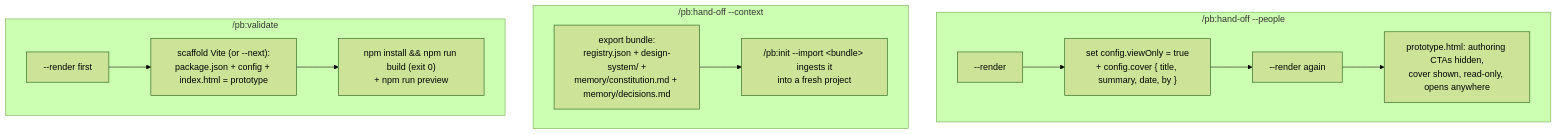
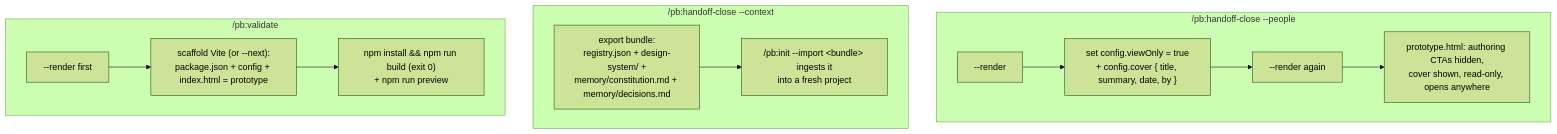
Before and after one commit to danhnbui/prototype-builder: the fourth of 4 diagrams in docs/data-flow.md, drawn with Mermaid (forest theme). The commit also changed other lines of this file and 52 other files, not shown here.

First line of the commit message:
R0 (v1.5.1): groundwork — renames+aliases, handoff-close, lint_registry, adopt-in-place, snapshot

````diff
--- a/docs/data-flow.md
+++ b/docs/data-flow.md
@@ -126,16 +126,16 @@
 ```mermaid
 flowchart TD
-  subgraph people["/pb:hand-off --people"]
+  subgraph people["/pb:handoff-close --people"]
     PP1["--render"] --> PP2["set config.viewOnly = true<br/>+ config.cover { title, summary, date, by }"]
     PP2 --> PP3["--render again"]
     PP3 --> PP4["prototype.html: authoring CTAs hidden,<br/>cover shown, read-only, opens anywhere"]
   end
-  subgraph ctx["/pb:hand-off --context"]
+  subgraph ctx["/pb:handoff-close --context"]
     CX1["export bundle:<br/>registry.json + design-system/ +<br/>memory/constitution.md + memory/decisions.md"]
     CX1 --> CX2["/pb:init --import &lt;bundle&gt; ingests it<br/>into a fresh project"]
   end
   subgraph val["/pb:validate"]
     V1["--render first"] --> V2["scaffold Vite (or --next):<br/>package.json + config + index.html = prototype"]
     V2 --> V3["npm install && npm run build (exit 0)<br/>+ npm run preview"]
   end
 ```
````
